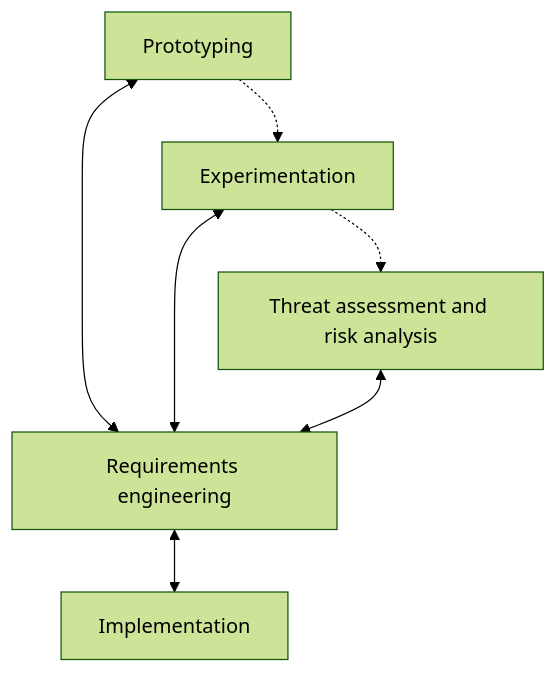
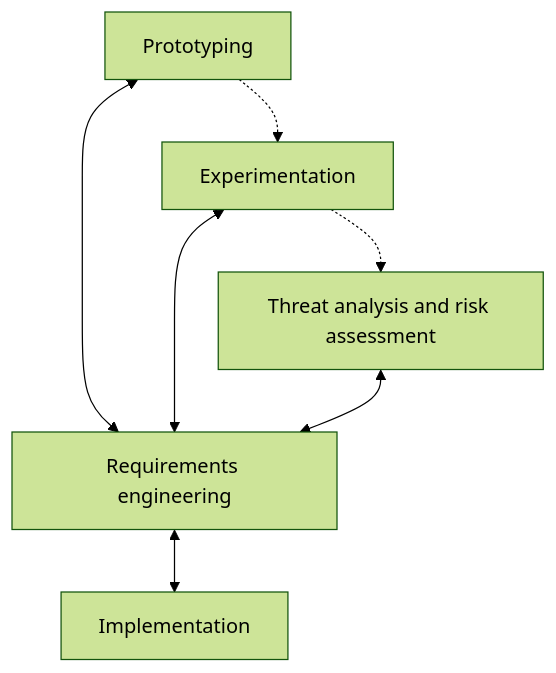
Before and after one commit to seffradev/ehd500: the diagram in docs/whitepaper/images/process.mmd, drawn with Mermaid (forest theme). The commit also changed 9 other files, not shown here.

```diff
--- a/docs/whitepaper/images/process.mmd
+++ b/docs/whitepaper/images/process.mmd
@@ -1,13 +1,13 @@
 flowchart TD
   prototype[Prototyping]
   experimentation[Experimentation]
   requirements[Requirements engineering]
-  tara[Threat assessment and risk analysis]
+  tara[Threat analysis and risk assessment]
   implementation[Implementation]
   
   prototype <--> requirements
   prototype .-> experimentation
   experimentation <--> requirements
   experimentation .-> tara
   tara <--> requirements
   requirements <--> implementation
```
